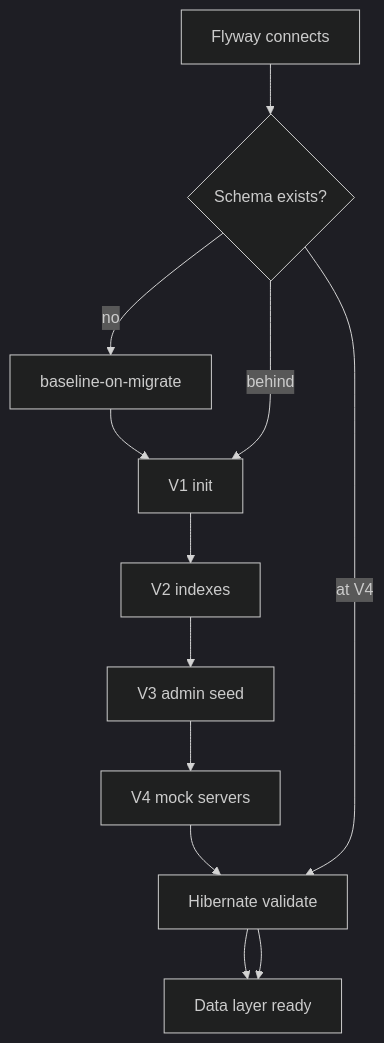
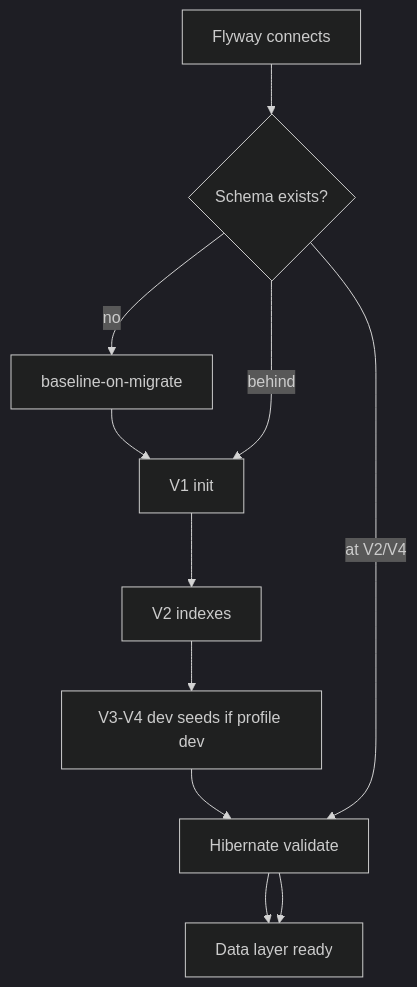
Before and after one commit to zeroDtree/gsad-backend: the fifth of 6 diagrams in docs/flowchar.md, drawn with Mermaid (dark theme). The commit also changed other lines of this file and 18 other files, not shown here.

````diff
--- a/docs/flowchar.md
+++ b/docs/flowchar.md
@@ -163,17 +163,16 @@
 ```mermaid
 flowchart TD
     F0["Flyway connects"]
     F1{"Schema exists?"}
     F2["baseline-on-migrate"]
     F3["V1 init"]
     F4["V2 indexes"]
-    F5["V3 admin seed"]
-    F6["V4 mock servers"]
-    F7["Hibernate validate"]
+    F5["V3-V4 dev seeds if profile dev"]
+    F6["Hibernate validate"]
     OK["Data layer ready"]
 
     F0 --> F1
-    F1 -->|no| F2 --> F3 --> F4 --> F5 --> F6 --> F7 --> OK
+    F1 -->|no| F2 --> F3 --> F4 --> F5 --> F6 --> OK
     F1 -->|behind| F3
-    F1 -->|at V4| F7 --> OK
+    F1 -->|at V2/V4| F6 --> OK
 ```
````
